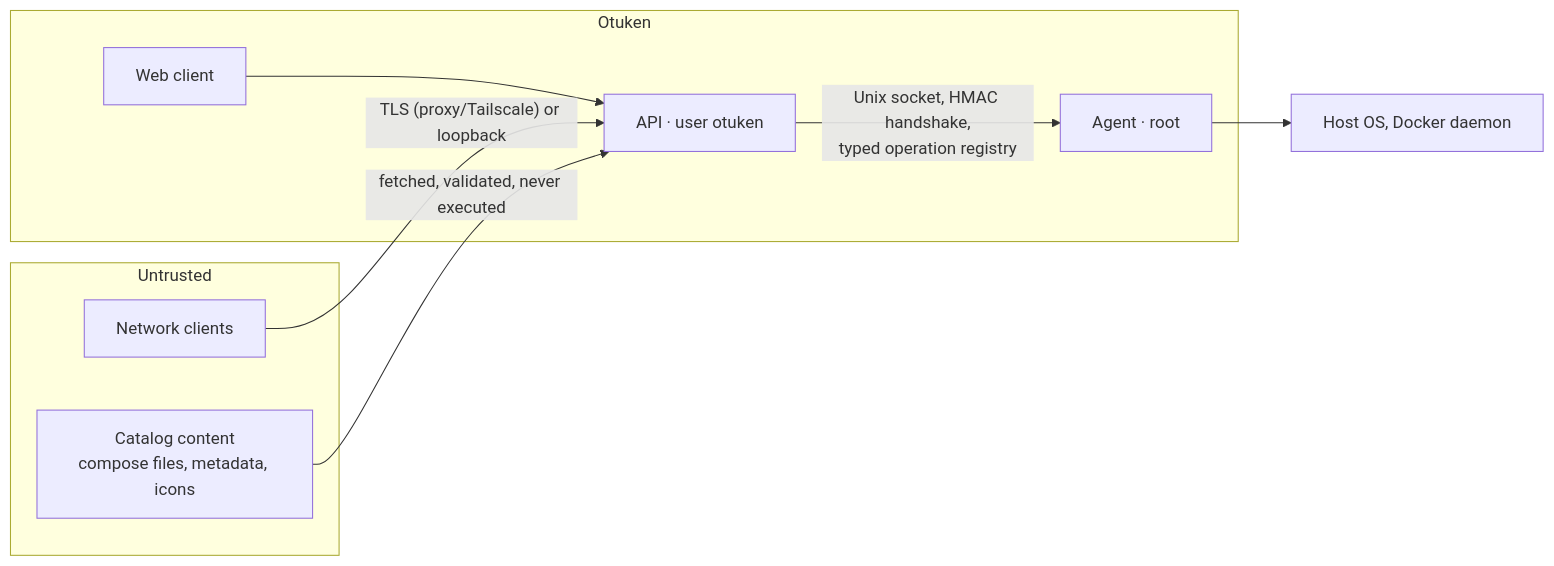
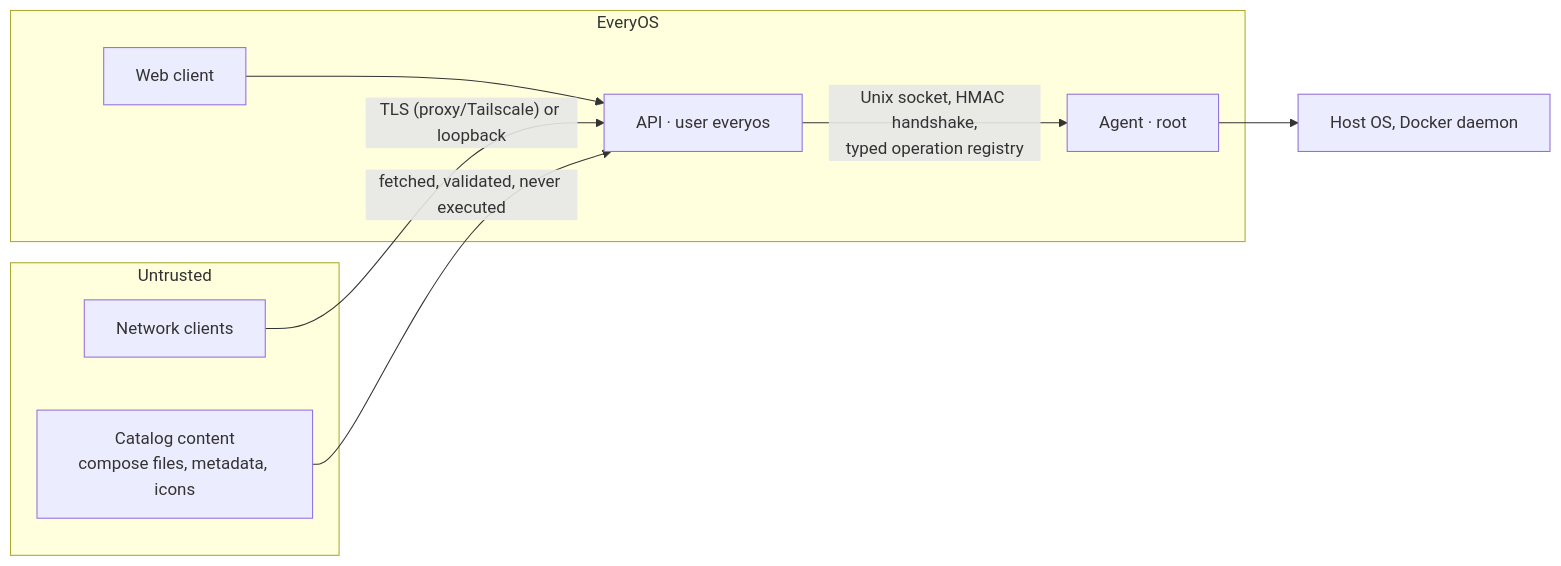
Before and after one commit to goktugcy/everyos: the diagram in docs/security-model.md, drawn with Mermaid. The commit also changed other lines of this file and 406 other files, not shown here.

First line of the commit message:
refactor: rename environment variables and application identifiers from OTUKEN to EVERYOS

````diff
--- a/docs/security-model.md
+++ b/docs/security-model.md
@@ -13,18 +13,18 @@
 ```mermaid
 flowchart LR
   subgraph Untrusted
     N[Network clients]
     C[Catalog content<br/>compose files, metadata, icons]
   end
-  subgraph Otuken
+  subgraph EveryOS
     W[Web client]
-    A[API · user otuken]
+    A[API · user everyos]
     G[Agent · root]
   end
   H[Host OS, Docker daemon]
   N -->|"TLS (proxy/Tailscale) or loopback"| A
   W --> A
   C -->|"fetched, validated, never executed"| A
   A -->|"Unix socket, HMAC handshake,<br/>typed operation registry"| G
   G --> H
 ```
````
